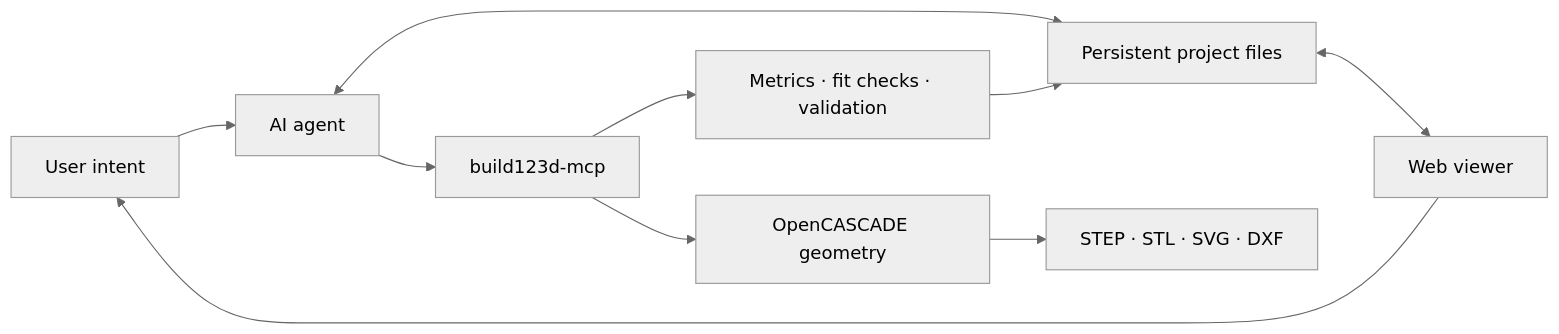
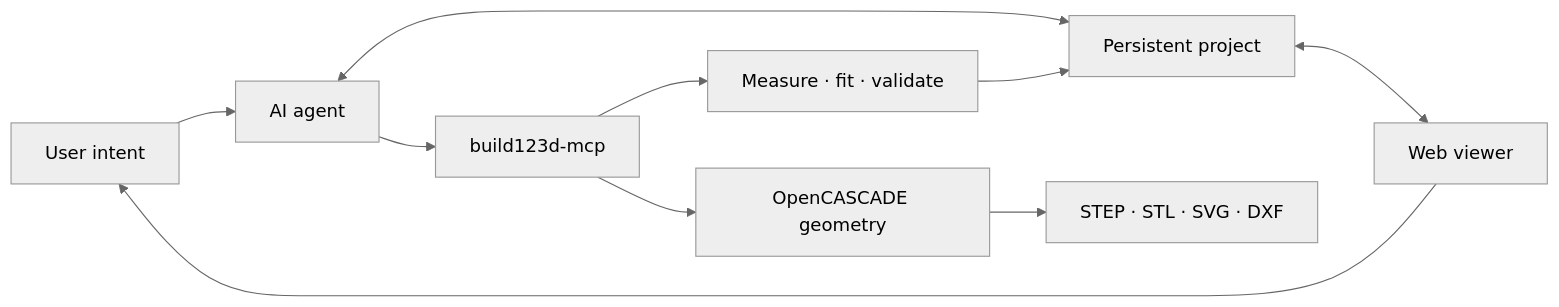
One commit to NoobDetonator/solid-intent changed the diagram in README.md. Above: the diagram before and after it, drawn with Mermaid (neutral theme). The commit also changed other lines of this file and 17 other files, not shown here.

````diff
--- a/README.md
+++ b/README.md
@@ -122,12 +87,12 @@
 ```mermaid
 flowchart LR
     U["User intent"] --> A["AI agent"]
-    A <--> P["Persistent project files"]
+    A <--> P["Persistent project"]
     A --> M["build123d-mcp"]
     M --> G["OpenCASCADE geometry"]
     G --> O["STEP · STL · SVG · DXF"]
-    M --> V["Metrics · fit checks · validation"]
+    M --> V["Measure · fit · validate"]
     V --> P
     P <--> W["Web viewer"]
     W --> U
 ```
````
